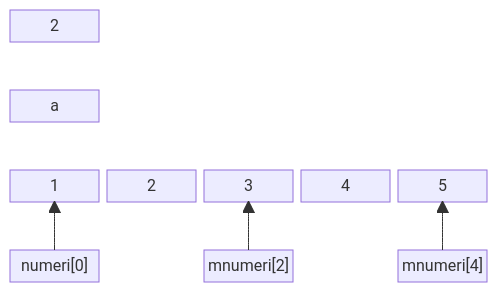
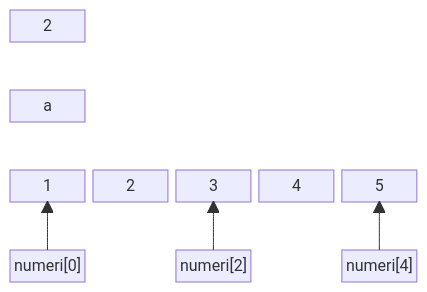
The first of 3 diagrams in pages/slides4.md (gdegani/its-meccatronico-programmazione), drawn with Mermaid before and after one commit. The commit also changed other lines of this file and 1 other file, not shown here.

````diff
--- a/pages/slides4.md
+++ b/pages/slides4.md
@@ -6,16 +6,15 @@
 ```mermaid {scale: 0.9, alt: 'A diagram'}
 block-beta
     columns 5
     2 space:4
     space:5
     a space:4
     space:5
     n1["1"] n2["2"] n3["3"] n4["4"] n5["5"]
     space:5
-    l0["numeri[0]"] space l1["mnumeri[2]"] space l2["mnumeri[4]"]
+    l0["numeri[0]"] space l1["numeri[2]"] space l2["numeri[4]"]
 
     l0 --> n1
     l1 --> n3
     l2 --> n5
-
 ```
````
